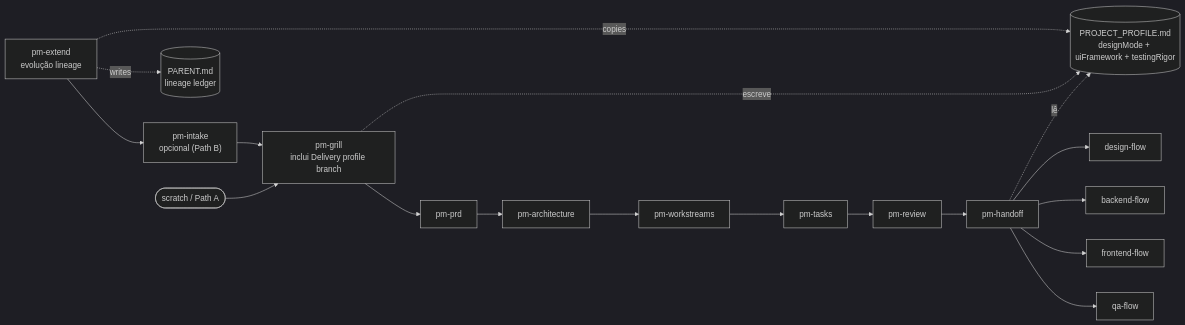
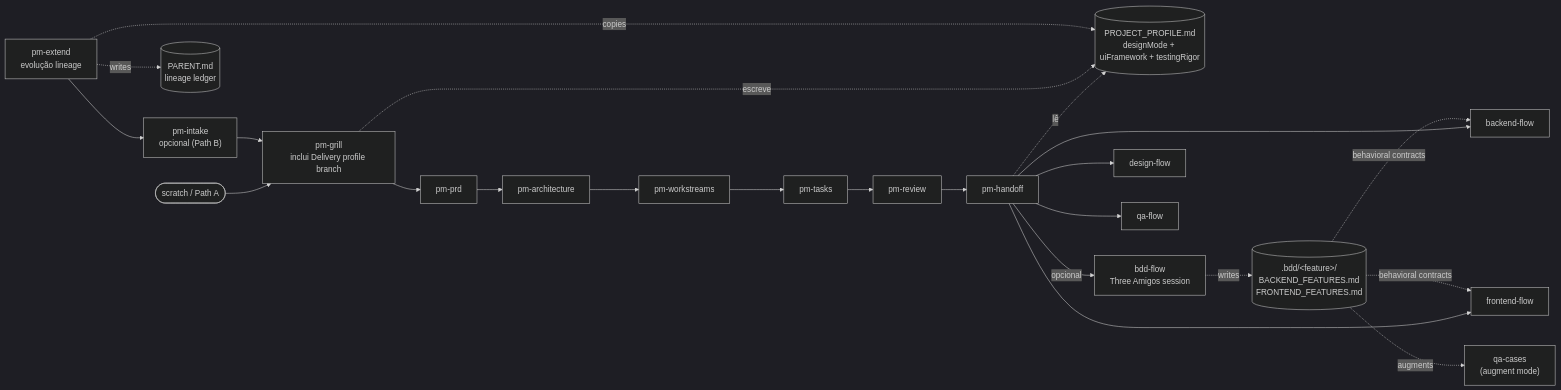
The second of 9 diagrams in docs/skills-flow.md (diegocredidio/project-skills), drawn with Mermaid (dark theme) before and after one commit. The commit also changed other lines of this file and 5 other files, not shown here.

First line of the commit message:
docs: document bdd-flow, bump version to 1.4.0

````diff
--- a/docs/skills-flow.md
+++ b/docs/skills-flow.md
@@ -39,20 +39,25 @@
 ```mermaid
 flowchart LR
     Extend["pm-extend<br/>evolução lineage"] --> Intake
     Extend -.writes.-> Parent[("PARENT.md<br/>lineage ledger")]
     Extend -.copies.-> PP
     Intake["pm-intake<br/>opcional (Path B)"] --> Grill["pm-grill<br/>inclui Delivery profile branch"]
     Start([scratch / Path A]) --> Grill
     Grill --> PRD[pm-prd]
     PRD --> Arch[pm-architecture]
     Arch --> WS[pm-workstreams]
     WS --> Tasks[pm-tasks]
     Tasks --> Review[pm-review]
     Review --> Handoff[pm-handoff]
     Grill -.escreve.-> PP[("PROJECT_PROFILE.md<br/>designMode + uiFramework + testingRigor")]
     Handoff -.lê.-> PP
+    Handoff -->|opcional| BDD["bdd-flow<br/>Three Amigos session"]
+    BDD -.writes.-> BDDFiles[(".bdd/&lt;feature&gt;/<br/>BACKEND_FEATURES.md<br/>FRONTEND_FEATURES.md")]
+    BDDFiles -.behavioral contracts.-> BackendFlow[backend-flow]
+    BDDFiles -.behavioral contracts.-> FrontendFlow[frontend-flow]
+    BDDFiles -.augments.-> QACases["qa-cases<br/>(augment mode)"]
     Handoff --> DesignFlow[design-flow]
     Handoff --> BackendFlow[backend-flow]
     Handoff --> FrontendFlow[frontend-flow]
     Handoff --> QAFlow[qa-flow]
 ```
````
